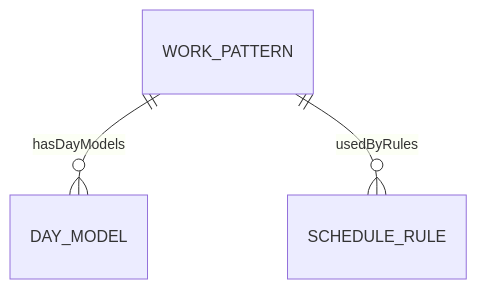
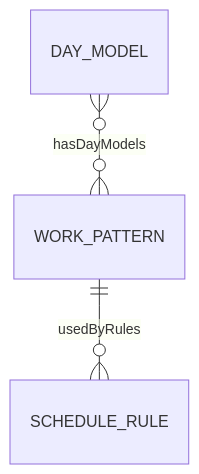
One commit to a4b-corporation/xTalent changed the second of 3 diagrams in docs/01-modules/TA/00-ontology/domain/scheduling/work-pattern.onto.md. Above: the diagram before and after it, drawn with Mermaid. The commit also changed other lines of this file and 12 other files, not shown here.

````diff
--- a/docs/01-modules/TA/00-ontology/domain/scheduling/work-pattern.onto.md
+++ b/docs/01-modules/TA/00-ontology/domain/scheduling/work-pattern.onto.md
@@ -154,5 +206,5 @@
 ```mermaid
 erDiagram
-    WORK_PATTERN ||--o{ DAY_MODEL : "hasDayModels"
+    DAY_MODEL }o--o{ WORK_PATTERN : "hasDayModels"
     WORK_PATTERN ||--o{ SCHEDULE_RULE : "usedByRules"
 ```
````
